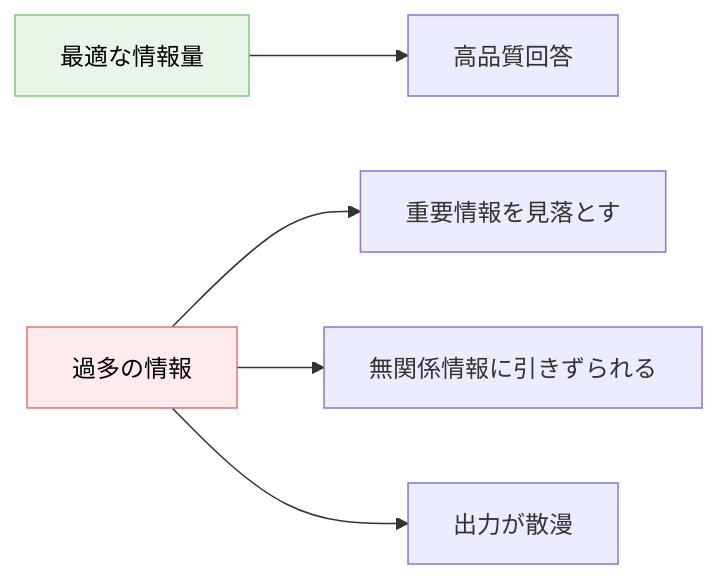
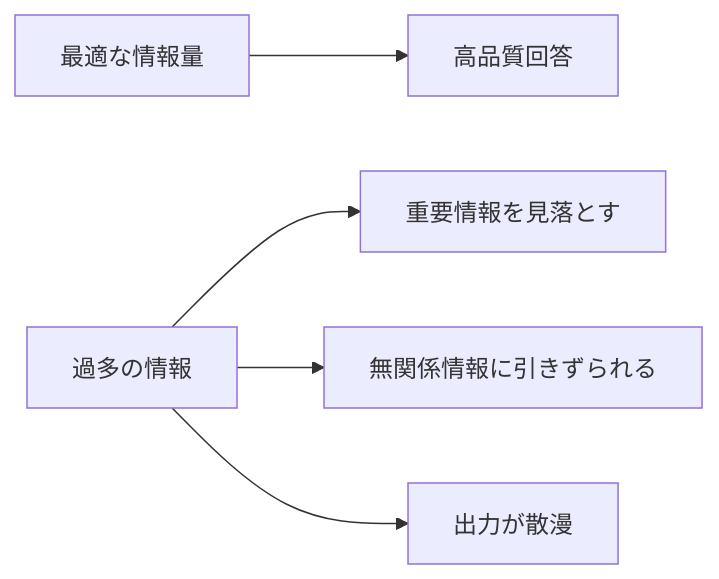
Before and after one commit to dinekt/dinekt-wiki: the first of 2 diagrams in docs/patterns/情報過多コンテキストの-4-つの失敗モード.md, drawn with Mermaid. The commit also changed other lines of this file and 70 other files, not shown here.

First line of the commit message:
fix(mermaid): strip all inline styling, rely on theme

````diff
--- a/docs/patterns/情報過多コンテキストの-4-つの失敗モード.md
+++ b/docs/patterns/情報過多コンテキストの-4-つの失敗モード.md
@@ -23,10 +23,8 @@
 ```mermaid
 flowchart LR
     C1[最適な情報量] --> Q1[高品質回答]
     C2[過多の情報] --> Q2[重要情報を見落とす]
     C2 --> Q3[無関係情報に引きずられる]
     C2 --> Q4[出力が散漫]
 
-    style C1 fill:#e8f5e9,stroke:#81c784,color:#000
-    style C2 fill:#ffebee,stroke:#e57373,color:#000
 ```
````
